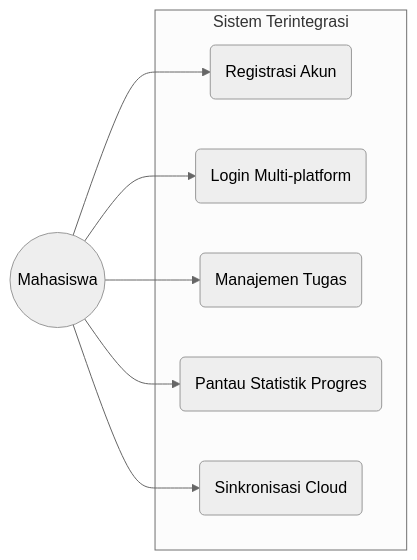
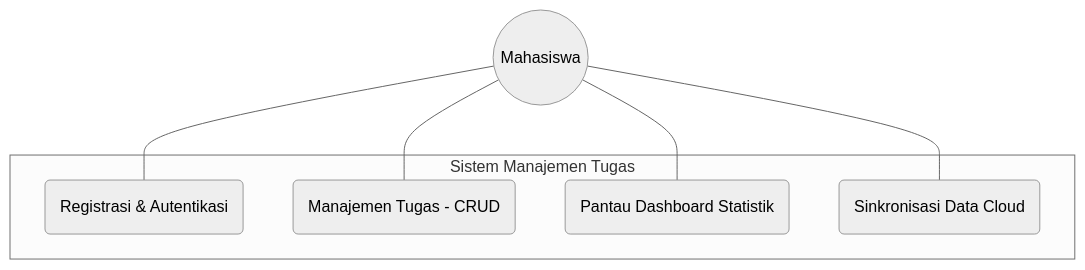
One commit to damar22004-debug/Projek-Uas---Manajemen-Tugas-Kuliah changed the second of 7 diagrams in README.md. Above: the diagram before and after it, drawn with Mermaid (neutral theme). The commit also changed other lines of this file, not shown here.

Commit message:
docs: Create comprehensive full-stack README with complete UML diagrams

````diff
--- a/README.md
+++ b/README.md
@@ -53,18 +45,16 @@
 ```mermaid
-graph LR
-    User((Mahasiswa))
+graph TD
+    Mahasiswa((Mahasiswa))
     
-    subgraph "Sistem Terintegrasi"
-        UC1(Registrasi Akun)
-        UC2(Login Multi-platform)
-        UC3(Manajemen Tugas)
-        UC4(Pantau Statistik Progres)
-        UC5(Sinkronisasi Cloud)
+    subgraph "Sistem Manajemen Tugas"
+        UC1(Registrasi & Autentikasi)
+        UC2(Manajemen Tugas - CRUD)
+        UC3(Pantau Dashboard Statistik)
+        UC4(Sinkronisasi Data Cloud)
     end
     
-    User --> UC1
-    User --> UC2
-    User --> UC3
-    User --> UC4
-    User --> UC5
+    Mahasiswa --- UC1
+    Mahasiswa --- UC2
+    Mahasiswa --- UC3
+    Mahasiswa --- UC4
 ```
````
